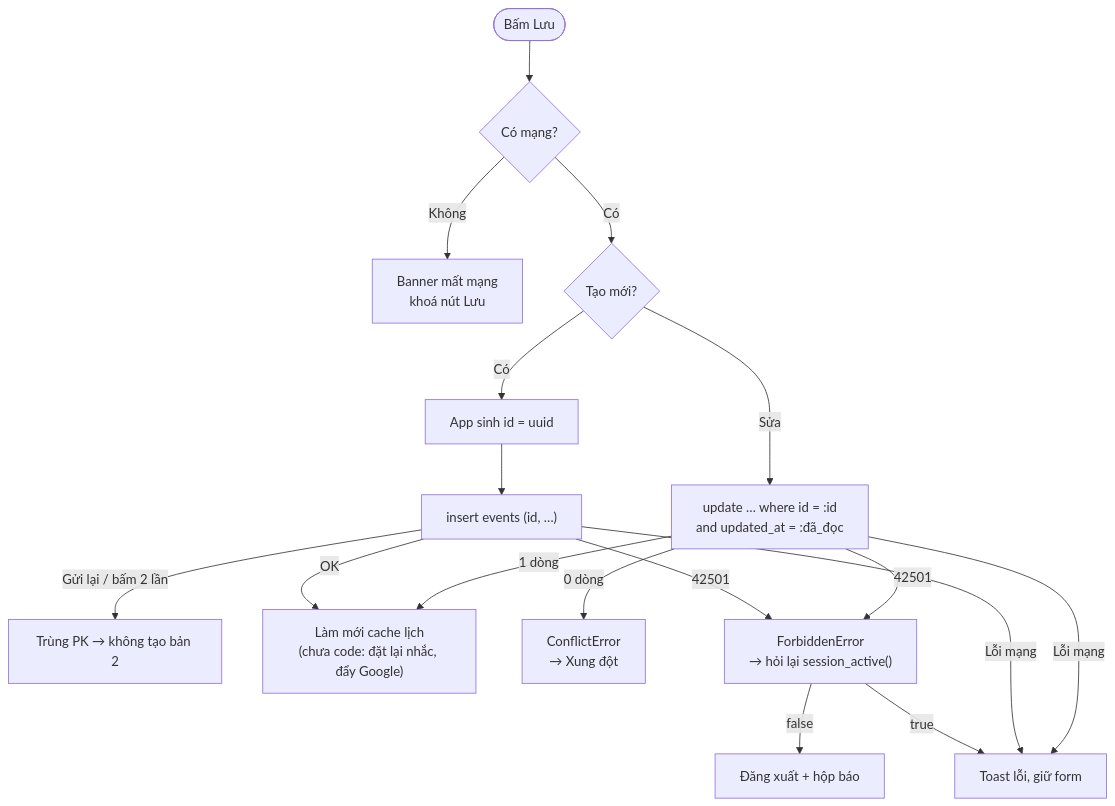
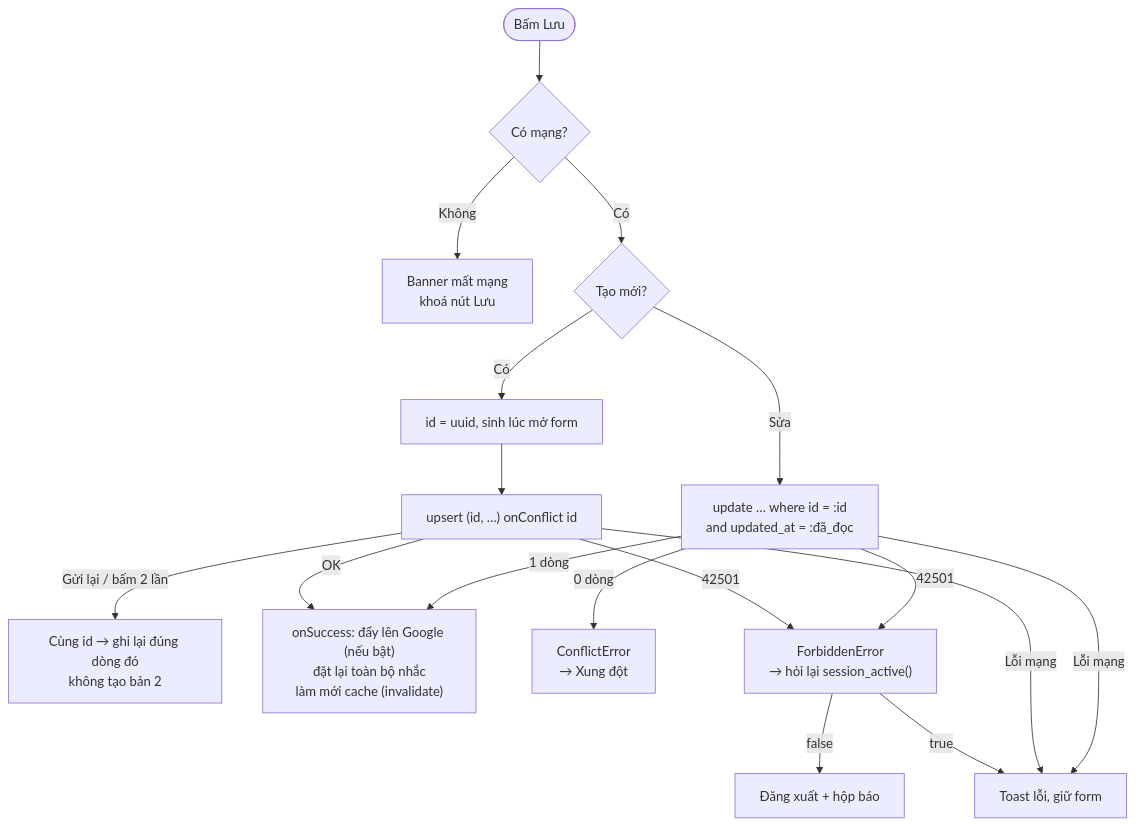
Before and after one commit to danhbuidcn/daynest: the diagram in docs/specs/architecture/data-writes.md, drawn with Mermaid. The commit also changed 13 other files, not shown here.

Commit message:
docs: update architecture to v5.0.1

````diff
--- a/docs/specs/architecture/data-writes.md
+++ b/docs/specs/architecture/data-writes.md
@@ -5,19 +5,19 @@
 ```mermaid
 flowchart TD
   Save(["Bấm Lưu"]) --> Online{"Có mạng?"}
   Online -->|Không| Block["Banner mất mạng<br/>khoá nút Lưu"]
   Online -->|Có| New{"Tạo mới?"}
 
-  New -->|Có| Gen["App sinh id = uuid"] --> Ins["insert events (id, …)"]
-  Ins -->|"Gửi lại / bấm 2 lần"| Dup["Trùng PK → không tạo bản 2"]
+  New -->|Có| Gen["id = uuid, sinh lúc mở form"] --> Ins["upsert (id, …) onConflict id"]
+  Ins -->|"Gửi lại / bấm 2 lần"| Dup["Cùng id → ghi lại đúng dòng đó<br/>không tạo bản 2"]
   Ins -->|OK| Done
 
   New -->|"Sửa"| Upd["update … where id = :id<br/>and updated_at = :đã_đọc"]
-  Upd -->|"1 dòng"| Done["Làm mới cache lịch<br/>(chưa code: đặt lại nhắc, đẩy Google)"]
+  Upd -->|"1 dòng"| Done["onSuccess: đẩy lên Google (nếu bật)<br/>đặt lại toàn bộ nhắc<br/>làm mới cache (invalidate)"]
   Upd -->|"0 dòng"| Conflict["ConflictError<br/>→ Xung đột"]
 
   Ins & Upd -->|"42501"| Forbidden["ForbiddenError<br/>→ hỏi lại session_active()"]
   Forbidden -->|false| Out["Đăng xuất + hộp báo"]
   Forbidden -->|true| Toast["Toast lỗi, giữ form"]
   Ins & Upd -->|"Lỗi mạng"| Toast
 ```
````
